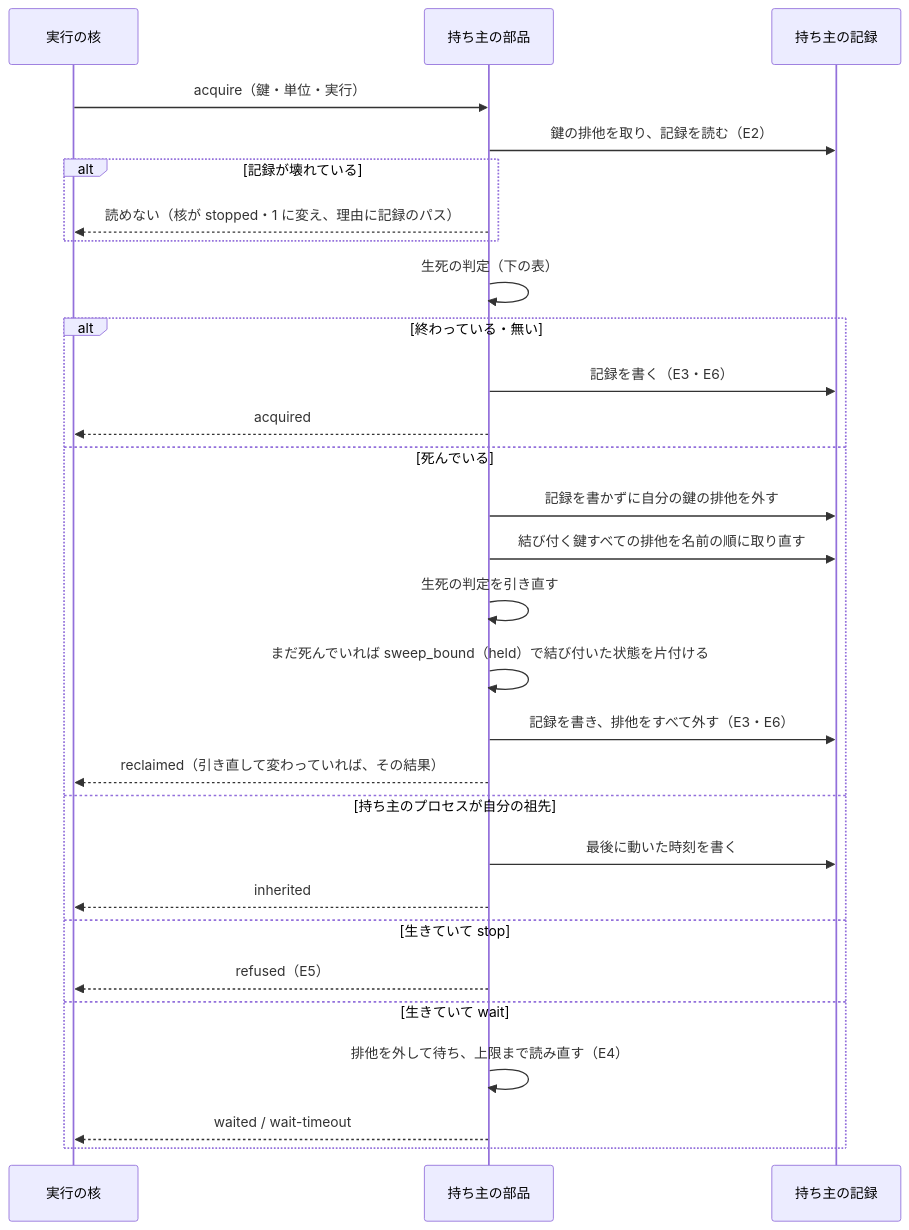
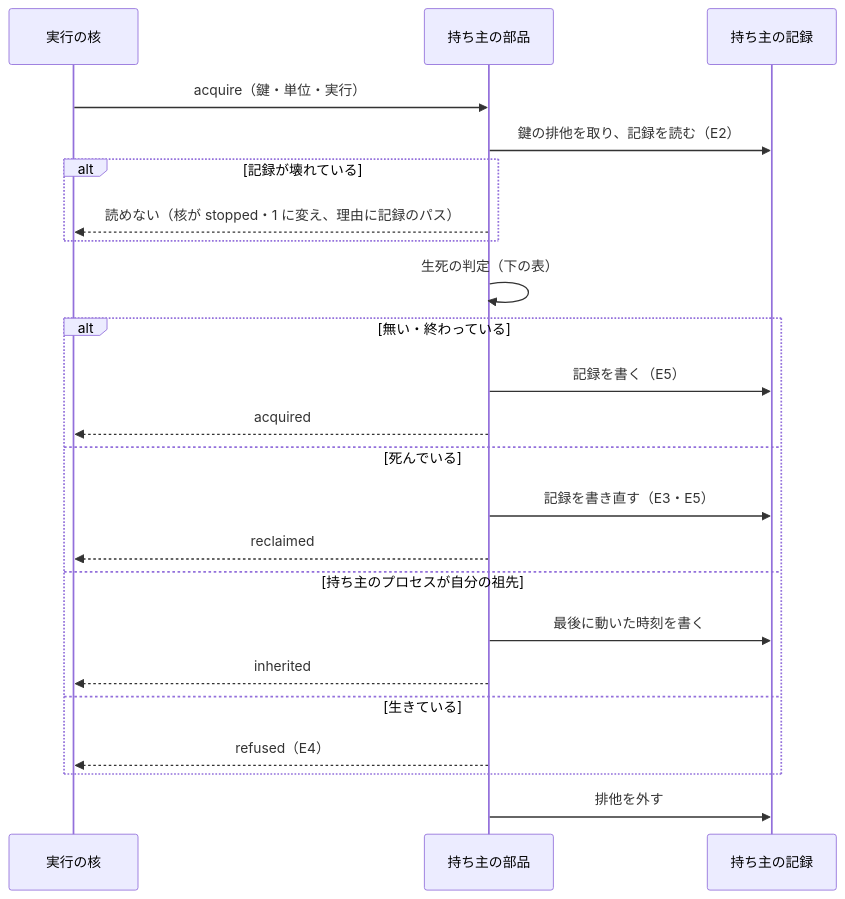
One commit to devbasex/ai-plugins changed the fourth of 7 diagrams in issues/issue-2342-design.md. Above: the diagram before and after it, drawn with Mermaid. The commit also changed other lines of this file and 5 other files, not shown here.

````diff
--- a/issues/issue-2342-design.md
+++ b/issues/issue-2342-design.md
@@ -318,31 +267,25 @@
 ```mermaid
 sequenceDiagram
     participant K as 実行の核
     participant L as 持ち主の部品
     participant F as 持ち主の記録
     K->>L: acquire（鍵・単位・実行）
     L->>F: 鍵の排他を取り、記録を読む（E2）
     alt 記録が壊れている
         L-->>K: 読めない（核が stopped・1 に変え、理由に記録のパス）
     end
     L->>L: 生死の判定（下の表）
-    alt 終わっている・無い
-        L->>F: 記録を書く（E3・E6）
+    alt 無い・終わっている
+        L->>F: 記録を書く（E5）
         L-->>K: acquired
     else 死んでいる
-        L->>F: 記録を書かずに自分の鍵の排他を外す
-        L->>F: 結び付く鍵すべての排他を名前の順に取り直す
-        L->>L: 生死の判定を引き直す
-        L->>L: まだ死んでいれば sweep_bound（held）で結び付いた状態を片付ける
-        L->>F: 記録を書き、排他をすべて外す（E3・E6）
-        L-->>K: reclaimed（引き直して変わっていれば、その結果）
+        L->>F: 記録を書き直す（E3・E5）
+        L-->>K: reclaimed
     else 持ち主のプロセスが自分の祖先
         L->>F: 最後に動いた時刻を書く
         L-->>K: inherited
-    else 生きていて stop
-        L-->>K: refused（E5）
-    else 生きていて wait
-        L->>L: 排他を外して待ち、上限まで読み直す（E4）
-        L-->>K: waited / wait-timeout
+    else 生きている
+        L-->>K: refused（E4）
     end
+    L->>F: 排他を外す
 ```
````
